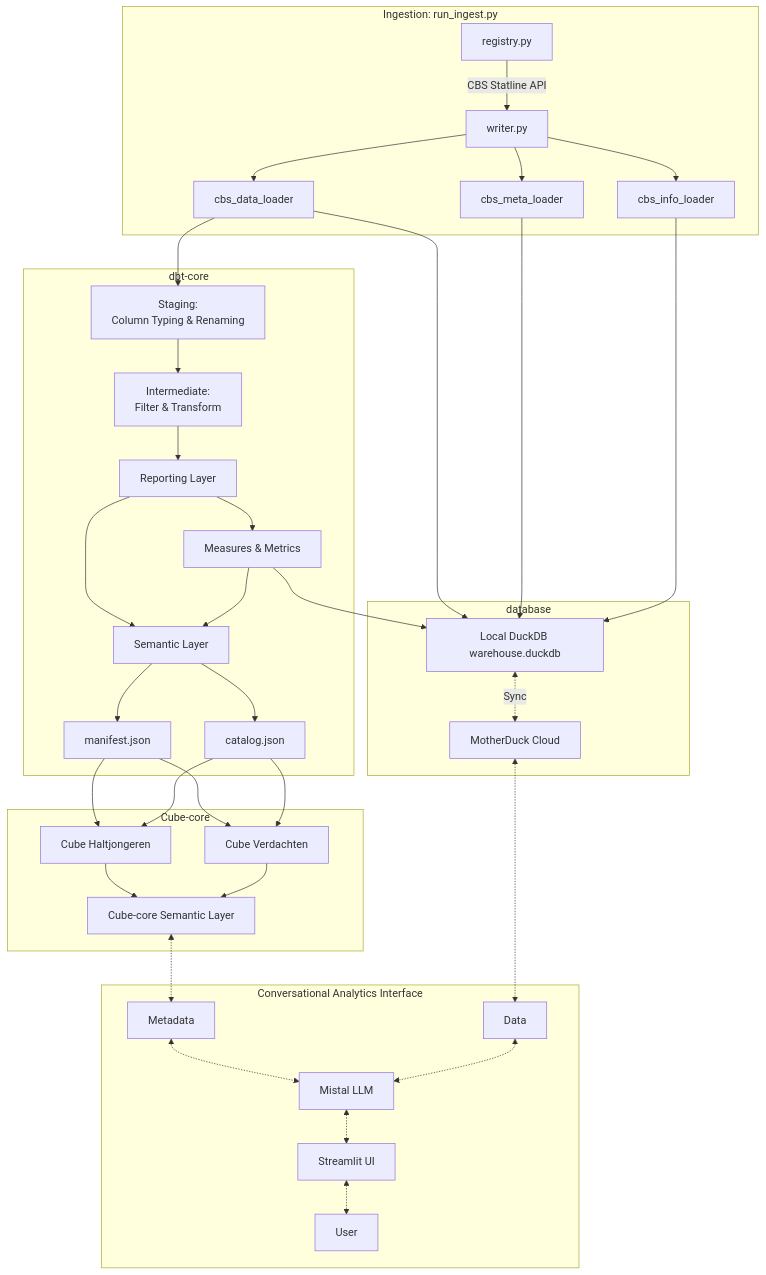
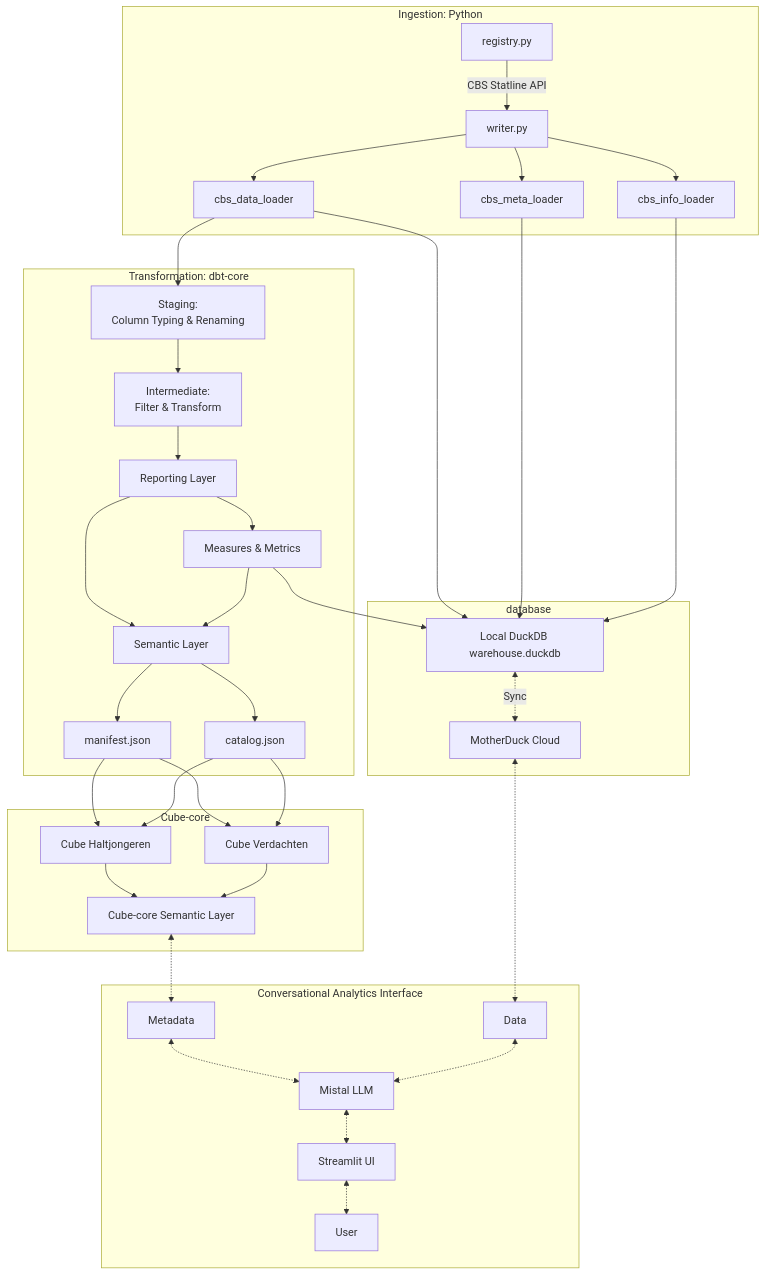
The diagram in README.md (jveldman/ConversationalAnalytics), drawn with Mermaid before and after one commit. The commit also changed other lines of this file, not shown here.

Commit message:
small tweaks

````diff
--- a/README.md
+++ b/README.md
@@ -14,55 +14,55 @@
 ```mermaid
 flowchart TB
 
-    subgraph ingestion [Ingestion: run_ingest.py]
+    subgraph ingestion [Ingestion: Python]
     RR[registry.py] -->|CBS Statline API| WR[writer.py]
     WR --> DL[cbs_data_loader]
     WR --> ML[cbs_meta_loader]
     WR --> IL[cbs_info_loader]
     end
 
     DL ---> DD
     ML ---> DD
     IL ---> DD
 
-    subgraph dbt [dbt-core]
+    subgraph dbt [Transformation: dbt-core]
     DL --> ST[Staging: <br> Column Typing & Renaming]
     ST --> IM[Intermediate: <br> Filter & Transform]
     IM --> RP[Reporting Layer]
     RP --> MM[Measures & Metrics]
     RP --> SM[Semantic Layer]
     MM --> SM
     SM --> MF[manifest.json]
     SM --> CL[catalog.json]
 
     end
 
     subgraph cube[Cube-core]
     MF --> CH[Cube Haltjongeren]
     CL --> CH
     MF --> CV[Cube Verdachten]
     CL --> CV
 
     CH --> CSL[Cube-core Semantic Layer]
     CV --> CSL
     end 
 
     subgraph database [database]
     DD[Local DuckDB warehouse.duckdb]
     MD[MotherDuck Cloud]
     DD <-.->|Sync| MD
     end
 
     %% Data Flow to Warehouse
     MM --> DD
 
    %% User and UI Layer
     subgraph CA_Interface [Conversational Analytics Interface]
     CSL <-.-> MT[Metadata]
     MD <-.-> DT[Data]
     MT <-.-> M[Mistral LLM]
     DT <-.-> M[Mistal LLM]
     M <-.-> S[Streamlit UI]
     S <-.-> U[User]
     end
 ```
````
